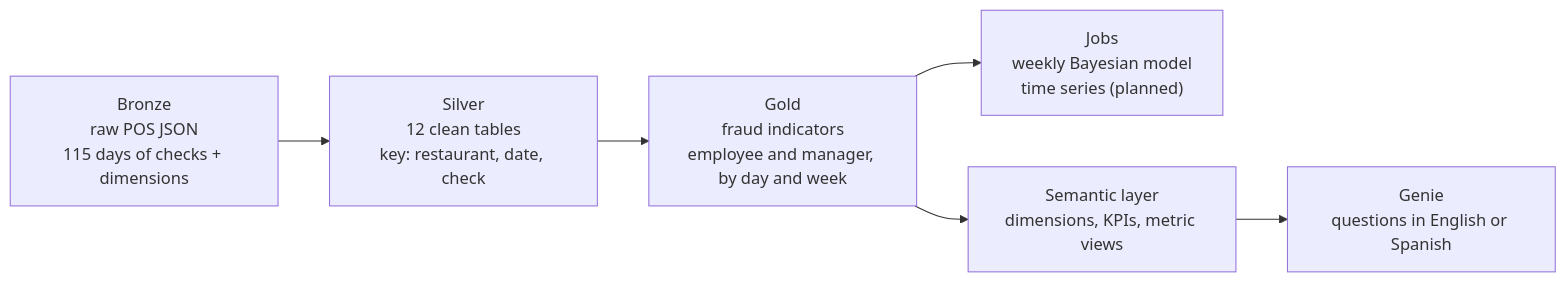
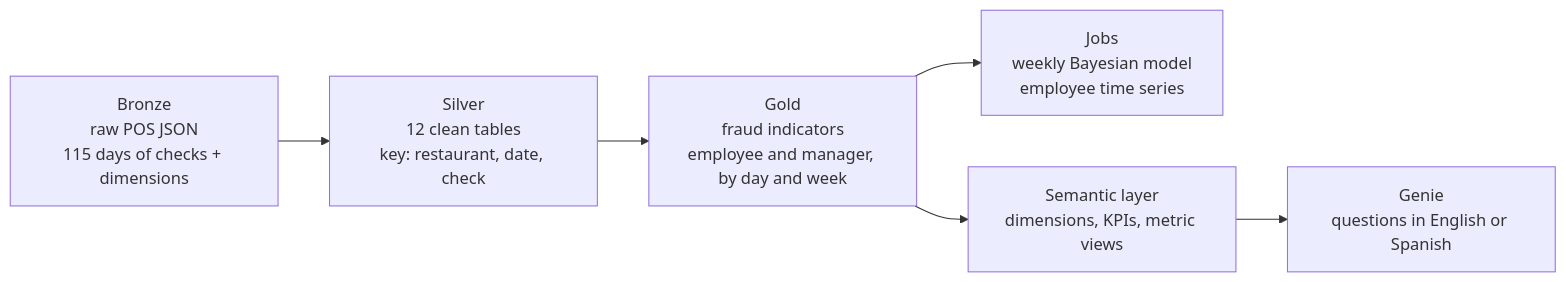
The diagram in README.md (Mmateo101/databricks-sun-holdings-stark-overflow), drawn with Mermaid before and after one commit. The commit also changed other lines of this file and 8 other files, not shown here.

First line of the commit message:
Add employee time series to the weekly job

````diff
--- a/README.md
+++ b/README.md
@@ -31,8 +31,8 @@
 ```mermaid
 flowchart LR
     RAW["Bronze<br/>raw POS JSON<br/>115 days of checks + dimensions"] --> SILVER["Silver<br/>12 clean tables<br/>key: restaurant, date, check"]
     SILVER --> GOLD["Gold<br/>fraud indicators<br/>employee and manager, by day and week"]
-    GOLD --> JOBS["Jobs<br/>weekly Bayesian model<br/>time series (planned)"]
+    GOLD --> JOBS["Jobs<br/>weekly Bayesian model<br/>employee time series"]
     GOLD --> SEM["Semantic layer<br/>dimensions, KPIs, metric views"]
     SEM --> GENIE["Genie<br/>questions in English or Spanish"]
 ```
````
